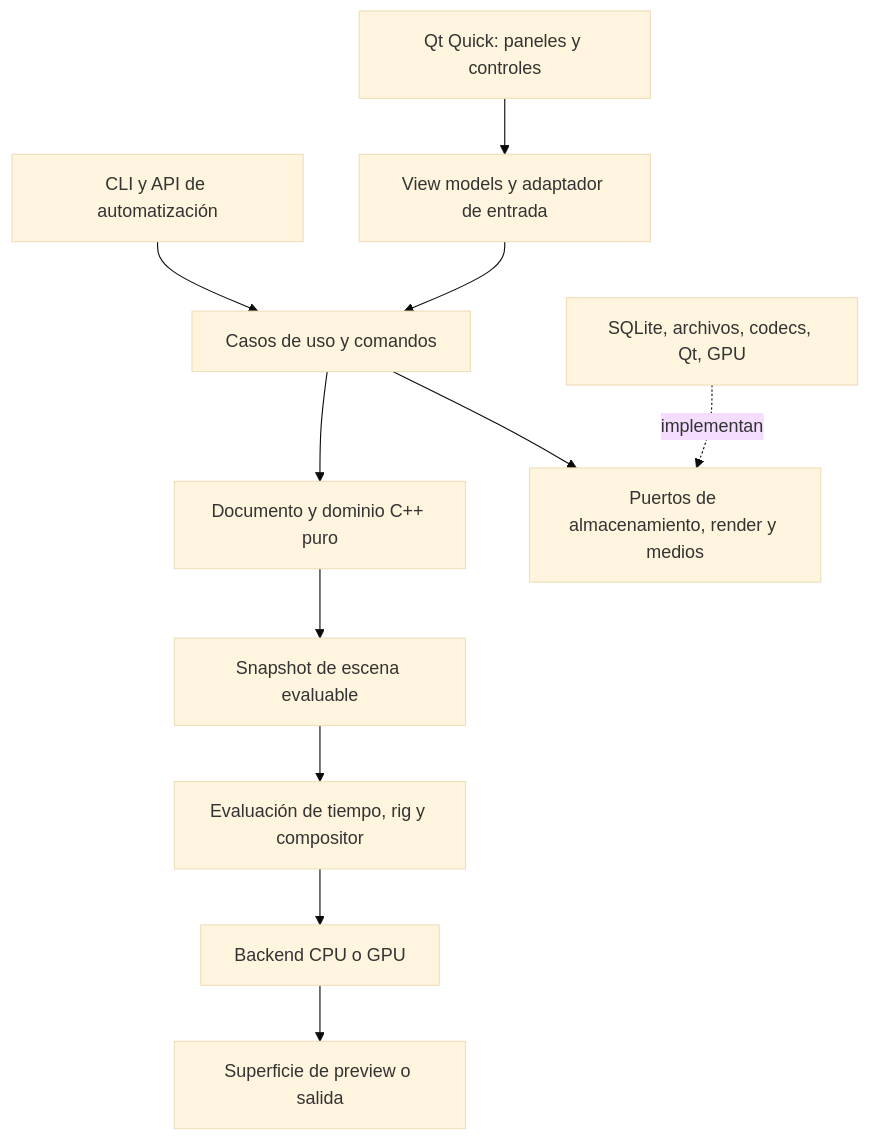
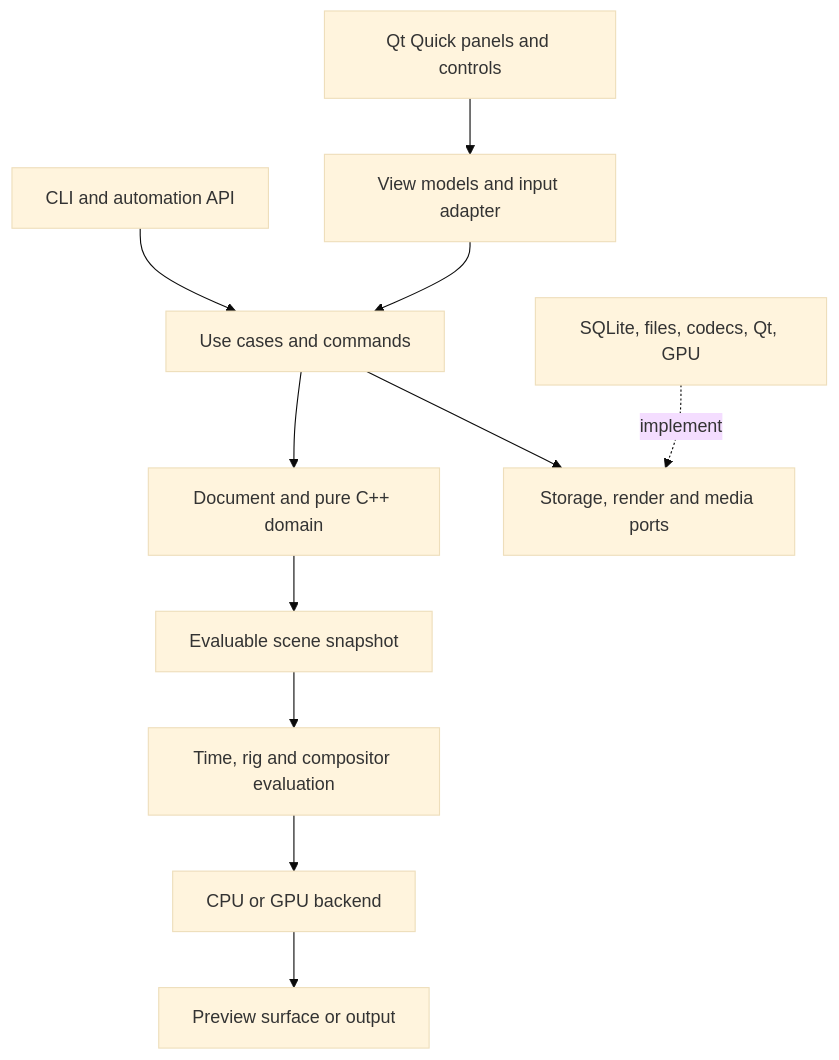
One commit to mijim/OPEN-TOON changed the diagram in docs/architecture/02-system-design.md. Above: the diagram before and after it, drawn with Mermaid (base theme). The commit also changed other lines of this file and 80 other files, not shown here.

Commit message:
docs: add phased roadmap and translate project documentation to English

````diff
--- a/docs/architecture/02-system-design.md
+++ b/docs/architecture/02-system-design.md
@@ -7,13 +7,13 @@
 ```mermaid
 flowchart TD
-  QML[Qt Quick: paneles y controles] --> UI[View models y adaptador de entrada]
-  CLI[CLI y API de automatización] --> APP[Casos de uso y comandos]
+  QML[Qt Quick panels and controls] --> UI[View models and input adapter]
+  CLI[CLI and automation API] --> APP[Use cases and commands]
   UI --> APP
-  APP --> DOM[Documento y dominio C++ puro]
-  APP --> PORTS[Puertos de almacenamiento, render y medios]
-  ADAPTERS[SQLite, archivos, codecs, Qt, GPU] -. implementan .-> PORTS
-  DOM --> SNAP[Snapshot de escena evaluable]
-  SNAP --> EVAL[Evaluación de tiempo, rig y compositor]
-  EVAL --> BACKEND[Backend CPU o GPU]
-  BACKEND --> VIEW[Superficie de preview o salida]
+  APP --> DOM[Document and pure C++ domain]
+  APP --> PORTS[Storage, render and media ports]
+  ADAPTERS[SQLite, files, codecs, Qt, GPU] -. implement .-> PORTS
+  DOM --> SNAP[Evaluable scene snapshot]
+  SNAP --> EVAL[Time, rig and compositor evaluation]
+  EVAL --> BACKEND[CPU or GPU backend]
+  BACKEND --> VIEW[Preview surface or output]
 ```
````
